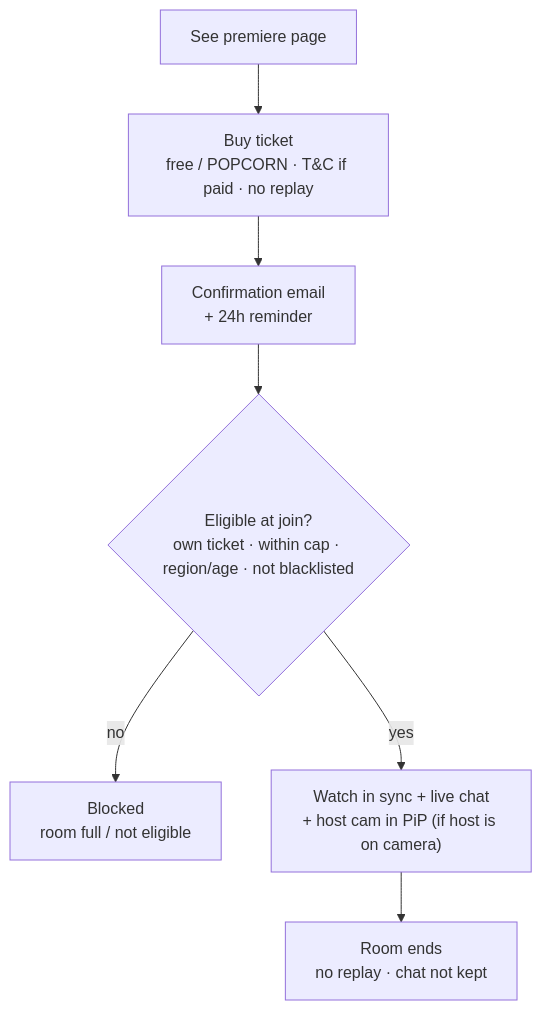
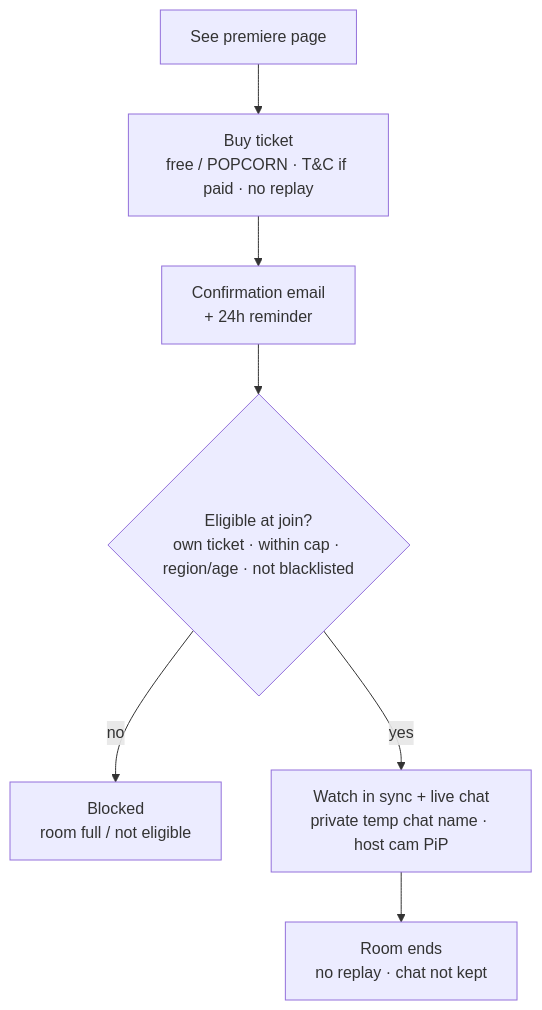
The third of 3 diagrams in draft/watch-party/prototype/_docs/BRD/watch-party/Biz.md (ztor20/Features), drawn with Mermaid before and after one commit. The commit also changed other lines of this file and 6 other files, not shown here.

First line of the commit message:
watch-party (draft): sync temporary chat name (privacy) — 3db0d90

````diff
--- a/draft/watch-party/prototype/_docs/BRD/watch-party/Biz.md
+++ b/draft/watch-party/prototype/_docs/BRD/watch-party/Biz.md
@@ -40,9 +40,9 @@
 ```mermaid
 flowchart TD
   A["See premiere page"] --> B["Buy ticket<br/>free / POPCORN · T&C if paid · no replay"]
   B --> C["Confirmation email<br/>+ 24h reminder"]
   C --> D{"Eligible at join?<br/>own ticket · within cap · region/age · not blacklisted"}
   D -- no --> X["Blocked<br/>room full / not eligible"]
-  D -- yes --> E["Watch in sync + live chat<br/>+ host cam in PiP (if host is on camera)"]
+  D -- yes --> E["Watch in sync + live chat<br/>private temp chat name · host cam PiP"]
   E --> F["Room ends<br/>no replay · chat not kept"]
 ```
````
